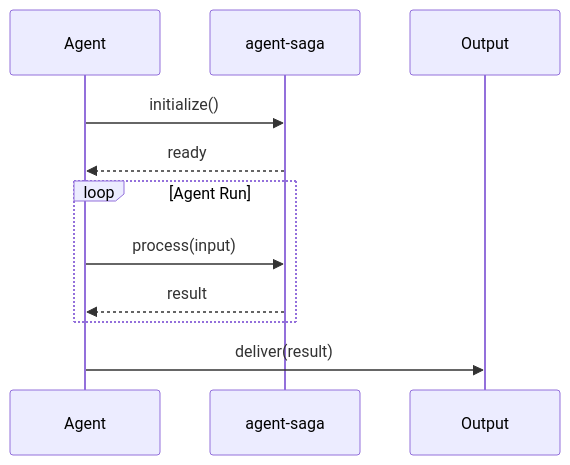
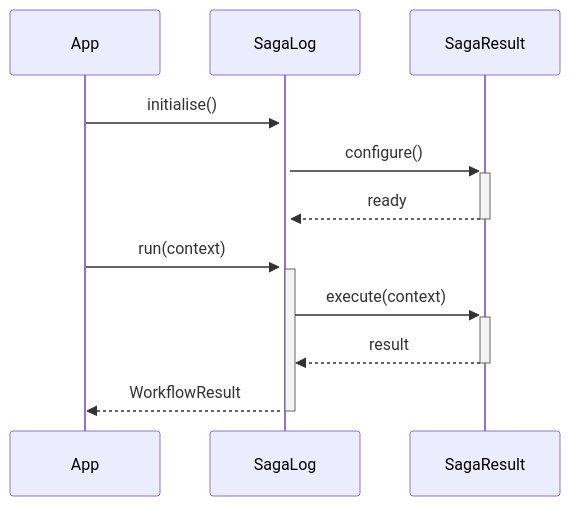
Before and after one commit to darshjme/agent-saga: the second of 2 diagrams in README.md, drawn with Mermaid. The commit also changed other lines of this file and 1 other file, not shown here.

````diff
--- a/README.md
+++ b/README.md
@@ -72,16 +90,14 @@
 ```mermaid
 sequenceDiagram
-    participant Agent
-    participant AgentSaga as agent-saga
-    participant Output
+    participant App
+    participant SagaLog
+    participant SagaResult
 
-    Agent->>AgentSaga: initialize()
-    AgentSaga-->>Agent: ready
-
-    loop Agent Run
-        Agent->>AgentSaga: process(input)
-        AgentSaga-->>Agent: result
-    end
-
-    Agent->>Output: deliver(result)
+    App->>+SagaLog: initialise()
+    SagaLog->>+SagaResult: configure()
+    SagaResult-->>-SagaLog: ready
+    App->>+SagaLog: run(context)
+    SagaLog->>+SagaResult: execute(context)
+    SagaResult-->>-SagaLog: result
+    SagaLog-->>-App: WorkflowResult
 ```
````
